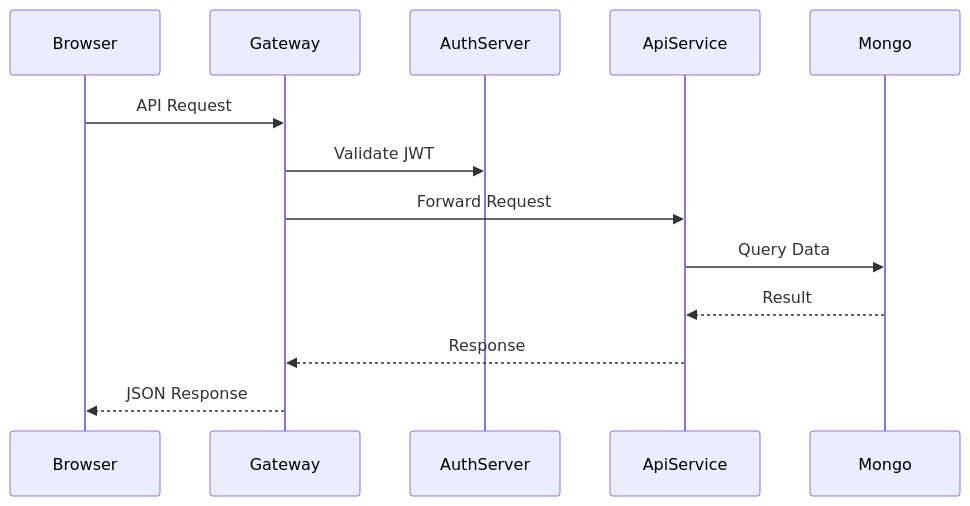
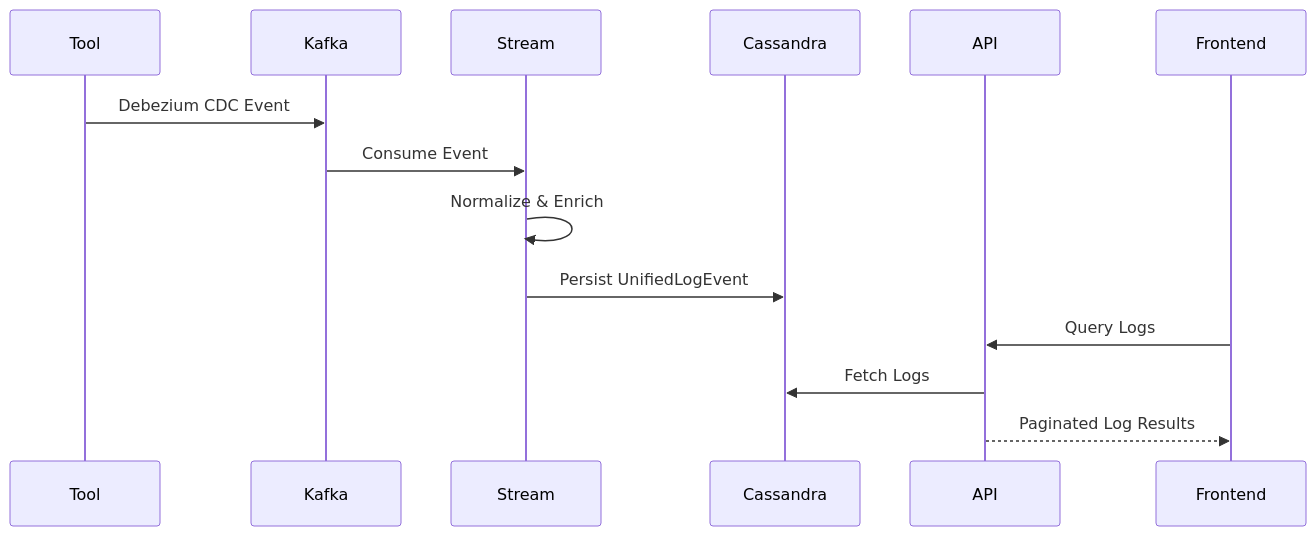
One commit to Praesto-Pro/openframe-oss-tenant changed the fifth of 5 diagrams in docs/architecture/README.md. Above: the diagram before and after it, drawn with Mermaid. The commit also changed other lines of this file and 214 other files, not shown here.

````diff
--- a/docs/architecture/README.md
+++ b/docs/architecture/README.md
@@ -413,16 +400,17 @@
 ```mermaid
 sequenceDiagram
-    participant Browser
-    participant Gateway
-    participant AuthServer
-    participant ApiService
-    participant Mongo
-
-    Browser->>Gateway: API Request
-    Gateway->>AuthServer: Validate JWT
-    Gateway->>ApiService: Forward Request
-    ApiService->>Mongo: Query Data
-    Mongo-->>ApiService: Result
-    ApiService-->>Gateway: Response
-    Gateway-->>Browser: JSON Response
+    participant Tool
+    participant Kafka
+    participant Stream
+    participant Cassandra
+    participant API
+    participant Frontend
+    
+    Tool->>Kafka: Debezium CDC Event
+    Kafka->>Stream: Consume Event
+    Stream->>Stream: Normalize & Enrich
+    Stream->>Cassandra: Persist UnifiedLogEvent
+    Frontend->>API: Query Logs
+    API->>Cassandra: Fetch Logs
+    API-->>Frontend: Paginated Log Results
 ```
````
